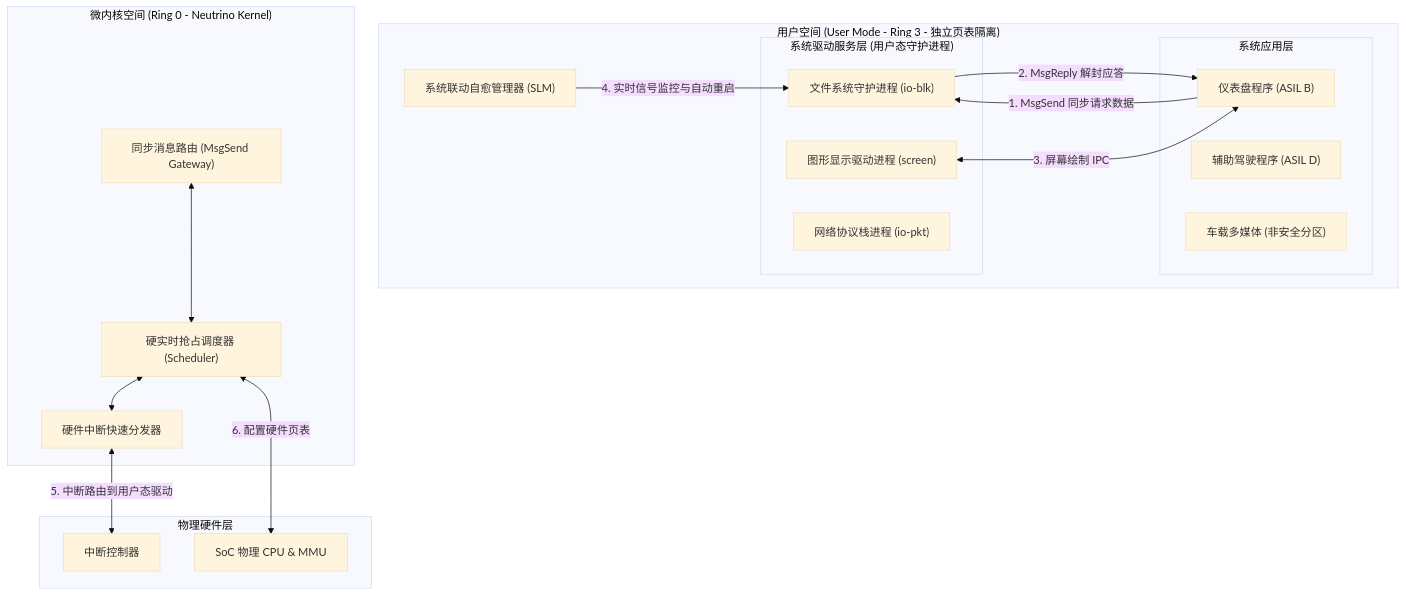
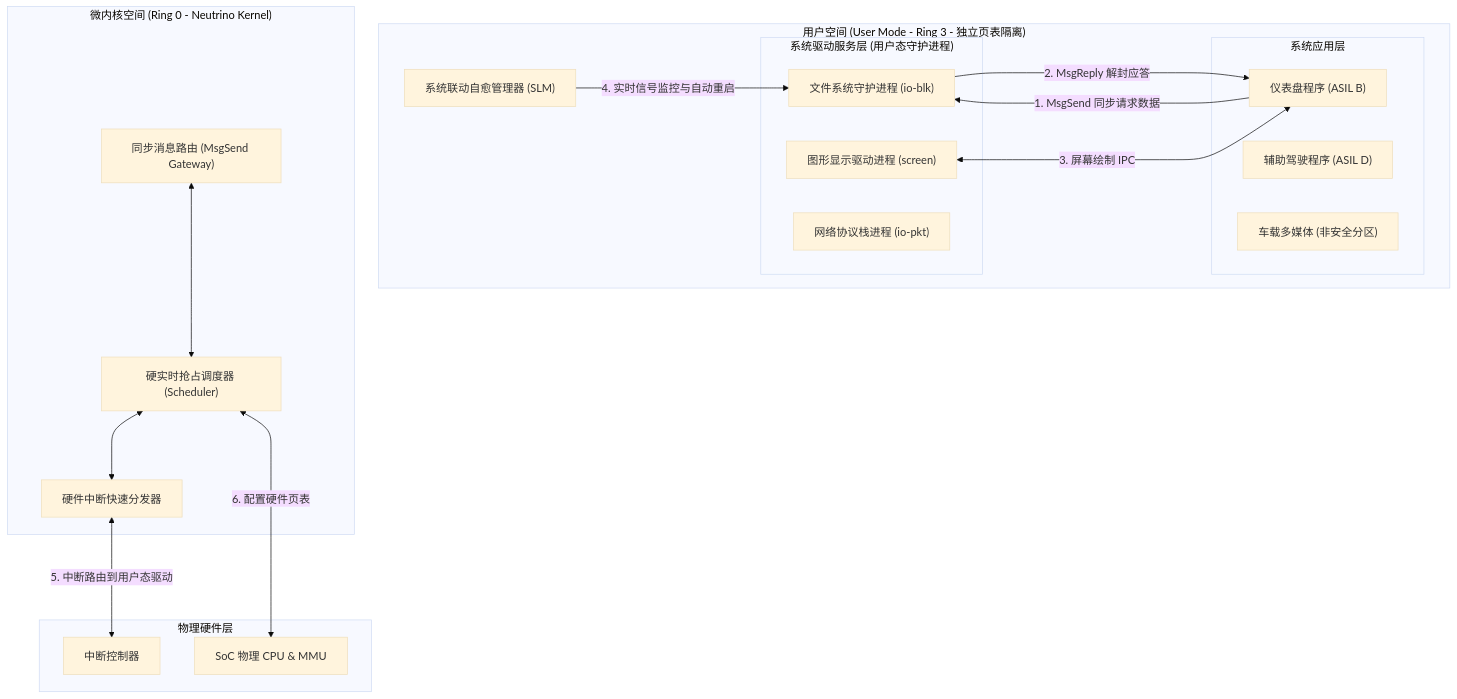
One commit to koosai/AI-Architect-Learning changed the fourth of 8 diagrams in docs/atlas/qnx.mdx. Above: the diagram before and after it, drawn with Mermaid (base theme). The commit also changed other lines of this file and 68 other files, not shown here.

Commit message:
fix(atlas): fix browser client-side Mermaid rendering for mindmaps and flowcharts across 67 case studies

````diff
--- a/docs/atlas/qnx.mdx
+++ b/docs/atlas/qnx.mdx
@@ -110,41 +110,41 @@
 ```mermaid
 graph TB
   subgraph UserSpace["用户空间 (User Mode - Ring 3 - 独立页表隔离)"]
     subgraph Apps["系统应用层"]
       ADAS_App["辅助驾驶程序 (ASIL D)"]
       Dashboard["仪表盘程序 (ASIL B)"]
       MediaApp["车载多媒体 (非安全分区)"]
     end
     
     subgraph UserDrivers["系统驱动服务层 (用户态守护进程)"]
       FileService["文件系统守护进程 (io-blk)"]
       NetworkService["网络协议栈进程 (io-pkt)"]
       DisplayDriver["图形显示驱动进程 (screen)"]
     end
 
     SLM["系统联动自愈管理器 (SLM)"]
   end
 
   subgraph KernelSpace["微内核空间 (Ring 0 - Neutrino Kernel)"]
     Scheduler["硬实时抢占调度器 (Scheduler)"]
     IPCRouter["同步消息路由 (MsgSend Gateway)"]
     InterruptMgr["硬件中断快速分发器"]
   end
 
   subgraph Hardware["物理硬件层"]
     NVIC["中断控制器"]
     AppleSilicon["SoC 物理 CPU & MMU"]
   end
 
   Dashboard -->|1. MsgSend 同步请求数据| FileService
   FileService -->|2. MsgReply 解封应答| Dashboard
   
-  DisplayDriver <-->|3. 屏幕绘制 IPC| Dashboard
+  DisplayDriver <--->|3. 屏幕绘制 IPC| Dashboard
   SLM -->|4. 实时信号监控与自动重启| FileService
   
-  IPCRouter <--> Scheduler
-  Scheduler <--> InterruptMgr
+  IPCRouter <---> Scheduler
+  Scheduler <---> InterruptMgr
   
-  InterruptMgr <-->|5. 中断路由到用户态驱动| NVIC
-  Scheduler <-->|6. 配置硬件页表| AppleSilicon
+  InterruptMgr <--->|5. 中断路由到用户态驱动| NVIC
+  Scheduler <--->|6. 配置硬件页表| AppleSilicon
 ```
````
